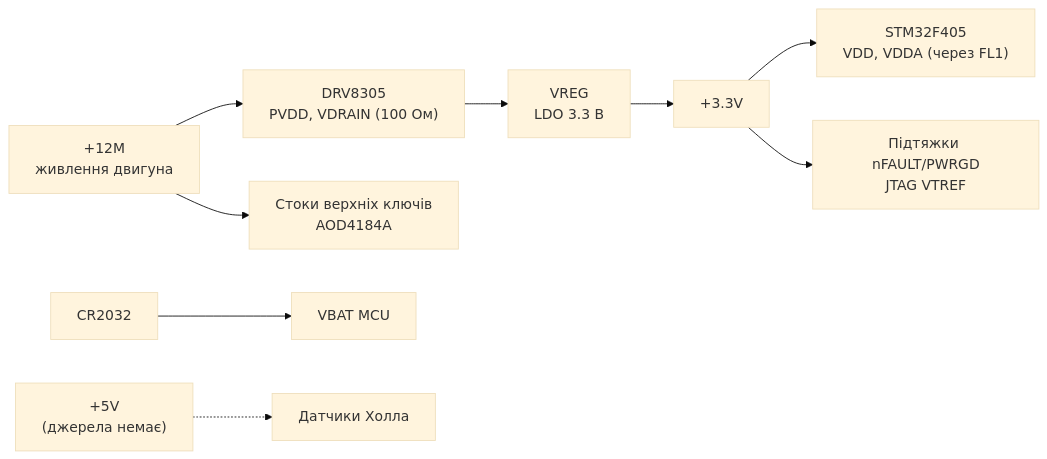
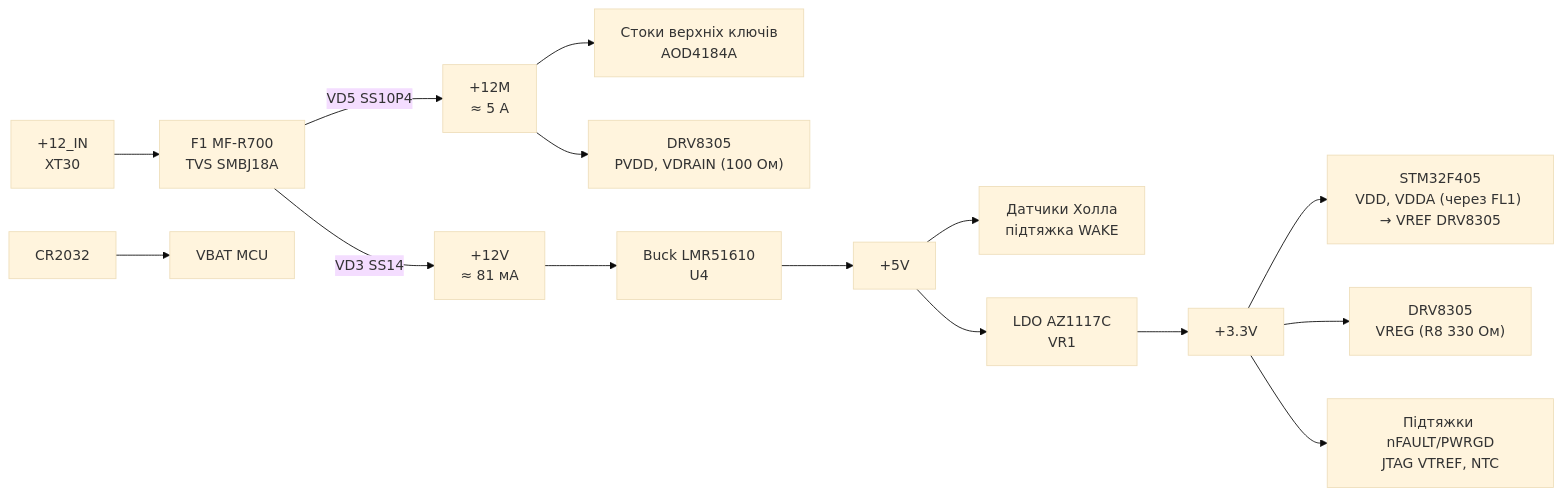
The second of 2 diagrams in motor-drive-controller/docs/architecture.md (anhro/hardware-development), drawn with Mermaid (base theme) before and after one commit. The commit also changed other lines of this file and 3 other files, not shown here.

Commit message:
feat(hw10): update project documentation for power supply design and architecture

````diff
--- a/motor-drive-controller/docs/architecture.md
+++ b/motor-drive-controller/docs/architecture.md
@@ -33,11 +33,17 @@
 ```mermaid
 flowchart LR
-    V12["+12M<br/>живлення двигуна"] --> PVDD["DRV8305<br/>PVDD, VDRAIN (100 Ом)"]
-    V12 --> Q["Стоки верхніх ключів<br/>AOD4184A"]
-    PVDD --> VREG["VREG<br/>LDO 3.3 В"]
-    VREG --> V33["+3.3V"]
-    V33 --> MCUP["STM32F405<br/>VDD, VDDA (через FL1)"]
-    V33 --> PU["Підтяжки nFAULT/PWRGD<br/>JTAG VTREF"]
+    IN["+12_IN<br/>XT30"] --> F1["F1 MF-R700<br/>TVS SMBJ18A"]
+    F1 -- "VD5 SS10P4" --> V12M["+12M<br/>≈ 5 А"]
+    F1 -- "VD3 SS14" --> V12["+12V<br/>≈ 81 мА"]
+    V12M --> Q["Стоки верхніх ключів<br/>AOD4184A"]
+    V12M --> PVDD["DRV8305<br/>PVDD, VDRAIN (100 Ом)"]
+    V12 --> BUCK["Buck LMR51610<br/>U4"]
+    BUCK --> V5["+5V"]
+    V5 --> HALL["Датчики Холла<br/>підтяжка WAKE"]
+    V5 --> LDO["LDO AZ1117C<br/>VR1"]
+    LDO --> V33["+3.3V"]
+    V33 --> MCUP["STM32F405<br/>VDD, VDDA (через FL1) → VREF DRV8305"]
+    V33 --> DRVL["DRV8305<br/>VREG (R8 330 Ом)"]
+    V33 --> PU["Підтяжки nFAULT/PWRGD<br/>JTAG VTREF, NTC"]
     BAT["CR2032"] --> VBAT["VBAT MCU"]
-    V5["+5V<br/>(джерела немає)"] -.-> HALL["Датчики Холла"]
 ```
````
